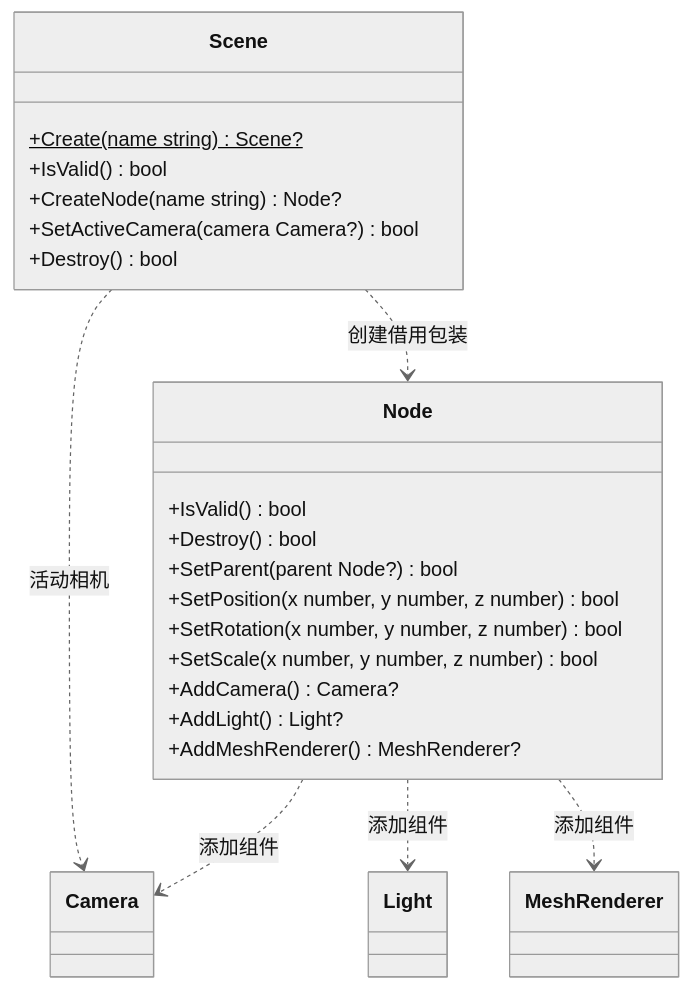
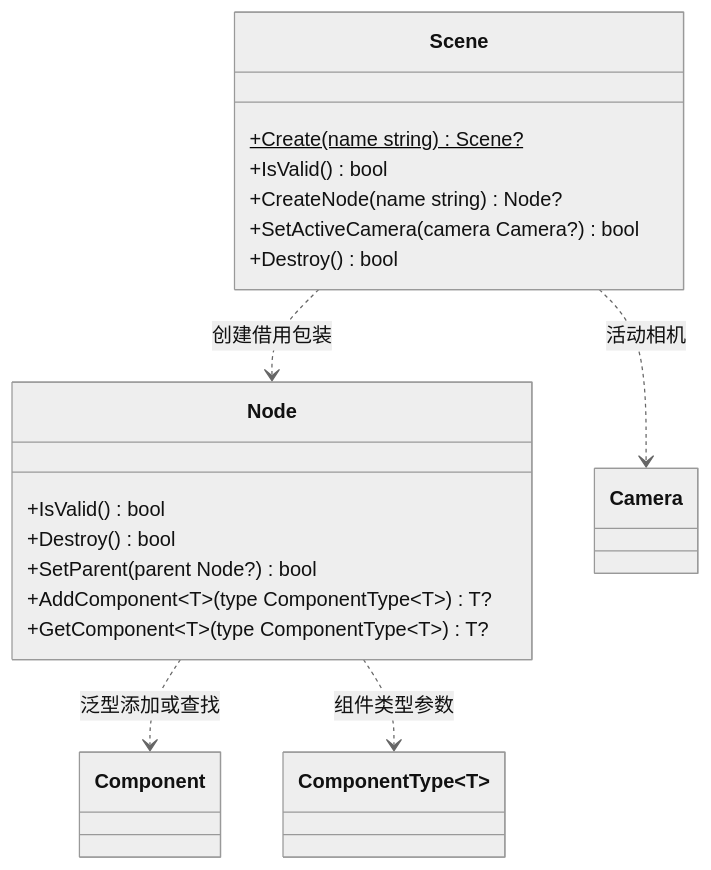
Before and after one commit to lcals/Engine: the second of 3 diagrams in docs/runtime/class-diagrams/gameplay.md, drawn with Mermaid (neutral theme). The commit also changed other lines of this file and 93 other files, not shown here.

````diff
--- a/docs/runtime/class-diagrams/gameplay.md
+++ b/docs/runtime/class-diagrams/gameplay.md
@@ -46,30 +46,25 @@
 ```mermaid
 classDiagram
     direction TB
     class Scene {
         +Create(name string) Scene?$
         +IsValid() bool
         +CreateNode(name string) Node?
         +SetActiveCamera(camera Camera?) bool
         +Destroy() bool
     }
     class Node {
         +IsValid() bool
         +Destroy() bool
         +SetParent(parent Node?) bool
-        +SetPosition(x number, y number, z number) bool
-        +SetRotation(x number, y number, z number) bool
-        +SetScale(x number, y number, z number) bool
-        +AddCamera() Camera?
-        +AddLight() Light?
-        +AddMeshRenderer() MeshRenderer?
+        +AddComponent~T~(type ComponentType~T~) T?
+        +GetComponent~T~(type ComponentType~T~) T?
     }
+    class Component
+    class ComponentType~T~
     class Camera
-    class Light
-    class MeshRenderer
     Scene ..> Node : 创建借用包装
     Scene ..> Camera : 活动相机
-    Node ..> Camera : 添加组件
-    Node ..> Light : 添加组件
-    Node ..> MeshRenderer : 添加组件
+    Node ..> Component : 泛型添加或查找
+    Node ..> ComponentType : 组件类型参数
 ```
````
